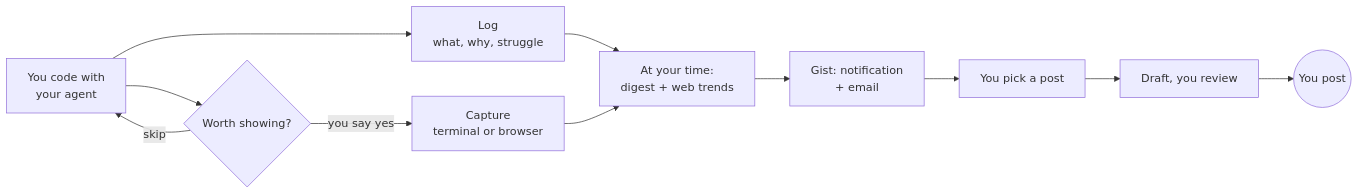
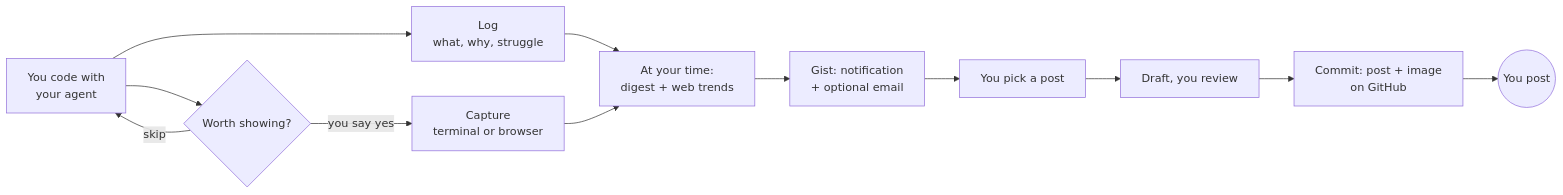
Before and after one commit to chetanya1998/build-in-public: the diagram in README.md, drawn with Mermaid. The commit also changed other lines of this file and 10 other files, not shown here.

First line of the commit message:
Optional email with just an address; share approved posts with commits

````diff
--- a/README.md
+++ b/README.md
@@ -32,13 +33,14 @@
 ```mermaid
 flowchart LR
     A["You code with<br>your agent"] --> B["Log<br>what, why, struggle"]
     A --> C{"Worth showing?"}
     C -->|you say yes| D["Capture<br>terminal or browser"]
     C -->|skip| A
     B --> E["At your time:<br>digest + web trends"]
     D --> E
-    E --> F["Gist: notification<br>+ email"]
+    E --> F["Gist: notification<br>+ optional email"]
     F --> G["You pick a post"]
     G --> H["Draft, you review"]
-    H --> I((You post))
+    H --> J["Commit: post + image<br>on GitHub"]
+    J --> I((You post))
 ```
````
